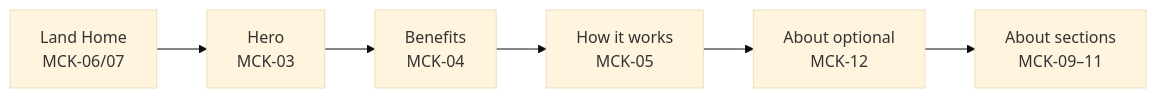
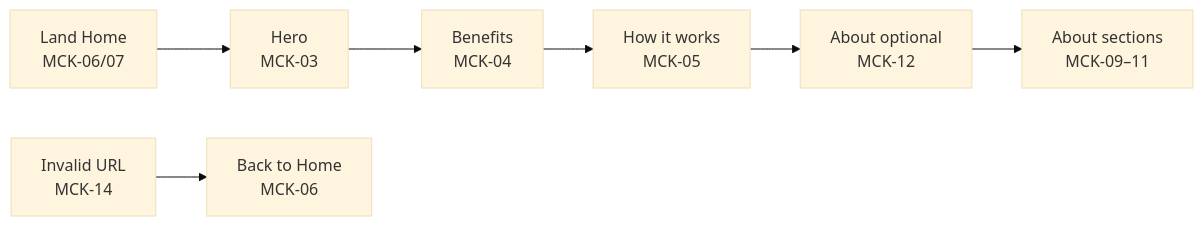
One commit to mikeshoo35-a11y/website3 changed the first of 3 diagrams in 4-design/user-journeys.md. Above: the diagram before and after it, drawn with Mermaid (base theme). The commit also changed other lines of this file and 19 other files, not shown here.

````diff
--- a/4-design/user-journeys.md
+++ b/4-design/user-journeys.md
@@ -31,8 +32,9 @@
 ```mermaid
 flowchart LR
     A["Land Home\nMCK-06/07"] --> B["Hero\nMCK-03"]
     B --> C["Benefits\nMCK-04"]
     C --> D["How it works\nMCK-05"]
     D --> E["About optional\nMCK-12"]
     E --> F["About sections\nMCK-09–11"]
+    X["Invalid URL\nMCK-14"] --> Y["Back to Home\nMCK-06"]
 ```
````
